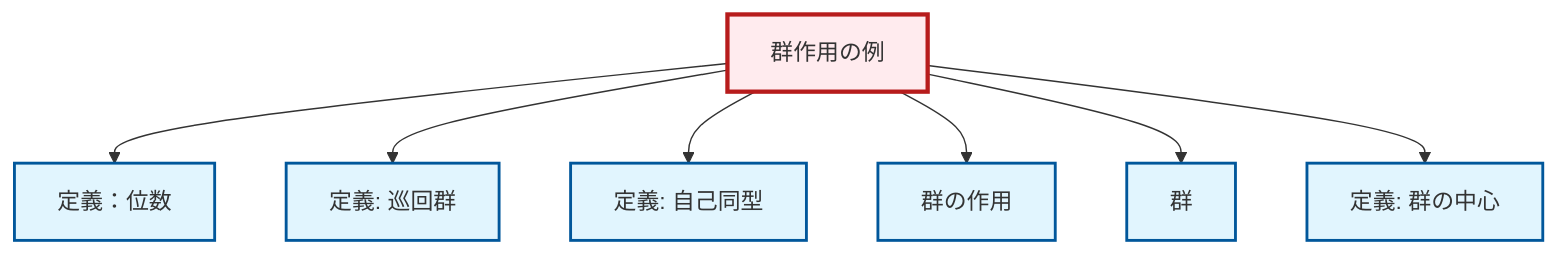
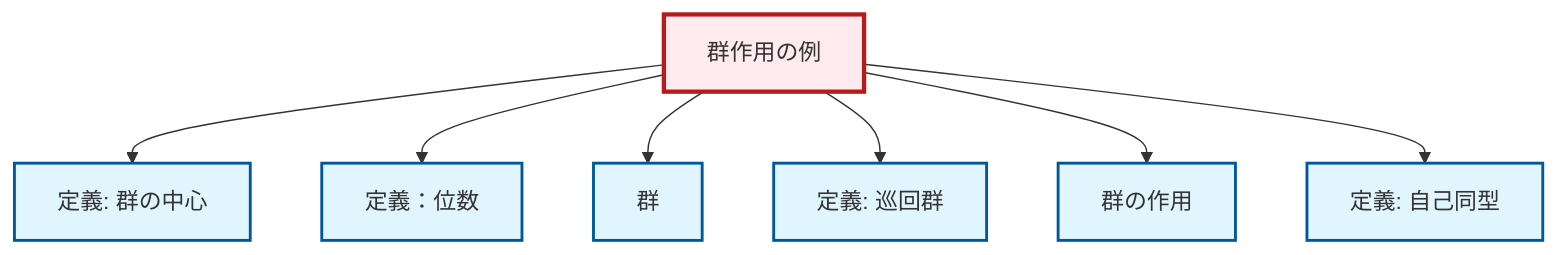
Before and after one commit to RK0429/ModernMath: the diagram in content/ja/algebra/ex-group-action-examples.qmd, drawn with Mermaid. The commit also changed 672 other files, not shown here.

````diff
--- a/content/ja/algebra/ex-group-action-examples.qmd
+++ b/content/ja/algebra/ex-group-action-examples.qmd
@@ -78,29 +78,29 @@
 ```{mermaid}
-%%| fig-cap: "Local dependency graph"
+%%| fig-cap: "ローカル依存関係グラフ"
 graph TD
     classDef definition fill:#e1f5fe,stroke:#01579b,stroke-width:2px
     classDef theorem fill:#f3e5f5,stroke:#4a148c,stroke-width:2px
     classDef axiom fill:#fff3e0,stroke:#e65100,stroke-width:2px
     classDef example fill:#e8f5e9,stroke:#1b5e20,stroke-width:2px
     classDef current fill:#ffebee,stroke:#b71c1c,stroke-width:3px
     def-cyclic-group["定義: 巡回群"]:::definition
     def-order["定義：位数"]:::definition
+    ex-group-action-examples["群作用の例"]:::example
+    def-automorphism["定義: 自己同型"]:::definition
+    def-group["群"]:::definition
+    def-center-of-group["定義: 群の中心"]:::definition
     def-group-action["群の作用"]:::definition
-    def-center-of-group["定義: 群の中心"]:::definition
-    def-automorphism["定義: 自己同型"]:::definition
-    ex-group-action-examples["群作用の例"]:::example
-    def-group["群"]:::definition
+    ex-group-action-examples --> def-center-of-group
     ex-group-action-examples --> def-order
+    ex-group-action-examples --> def-group
     ex-group-action-examples --> def-cyclic-group
+    ex-group-action-examples --> def-group-action
     ex-group-action-examples --> def-automorphism
-    ex-group-action-examples --> def-group-action
-    ex-group-action-examples --> def-group
-    ex-group-action-examples --> def-center-of-group
     class ex-group-action-examples current
     click def-cyclic-group "def-cyclic-group.html" "巡回群の定義へ"
     click def-order "def-order.html" "定義：位数へ"
-    click def-group-action "def-group-action.html" "群の作用へ"
-    click def-center-of-group "def-center-of-group.html" "群の中心の定義へ"
     click def-automorphism "def-automorphism.html" "自己同型の定義へ"
     click def-group "def-group.html" "群へ"
+    click def-center-of-group "def-center-of-group.html" "群の中心の定義へ"
+    click def-group-action "def-group-action.html" "群の作用へ"
 ```
````
